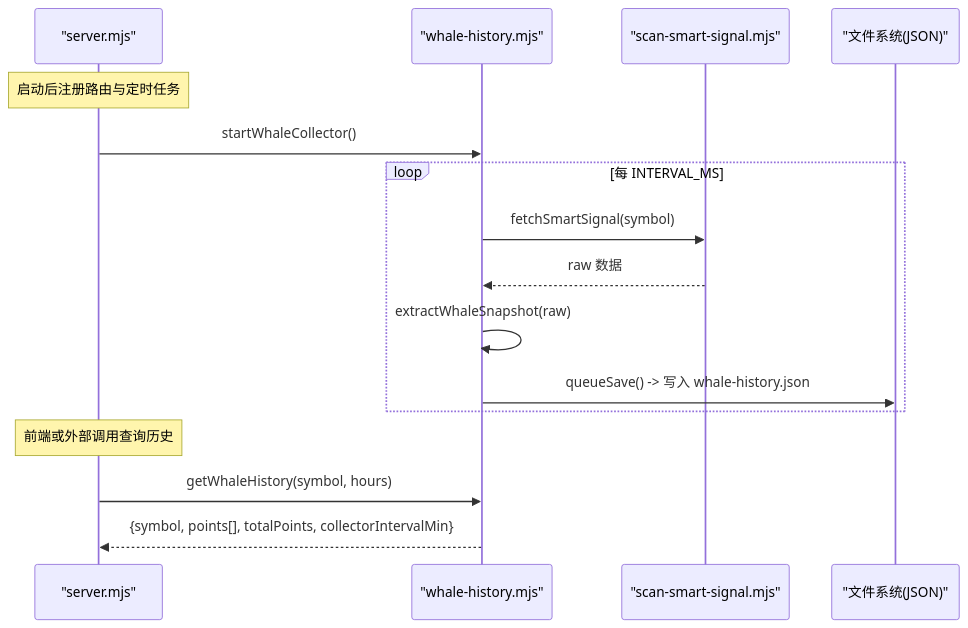
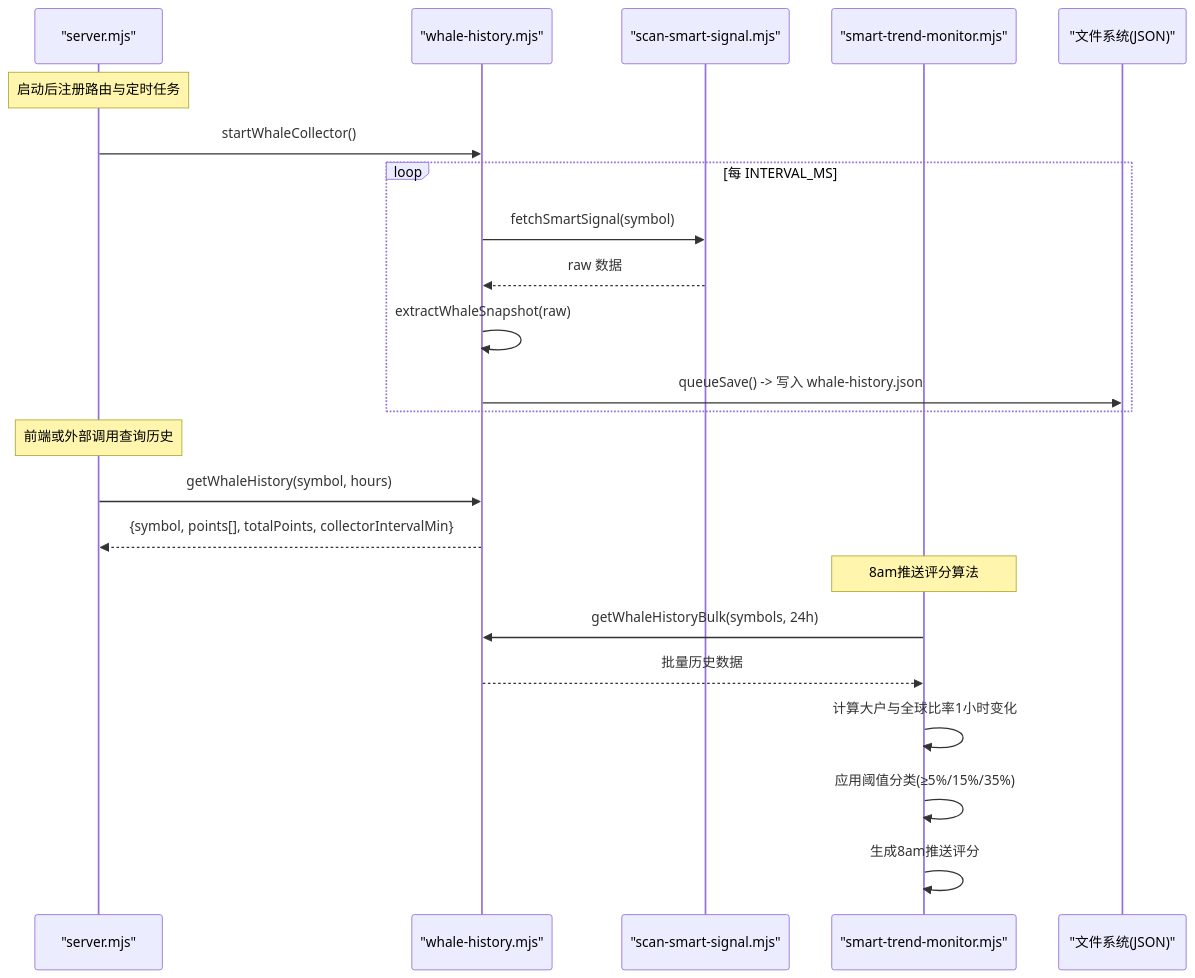
One commit to kekexilinan/BinaceSmart changed the second of 7 diagrams in .qoder/repowiki/zh/content/核心功能模块/鲸鱼历史追踪.md. Above: the diagram before and after it, drawn with Mermaid. The commit also changed other lines of this file and 56 other files, not shown here.

````diff
--- a/.qoder/repowiki/zh/content/核心功能模块/鲸鱼历史追踪.md
+++ b/.qoder/repowiki/zh/content/核心功能模块/鲸鱼历史追踪.md
@@ -109,18 +117,25 @@
 ```mermaid
 sequenceDiagram
 participant S as "server.mjs"
 participant W as "whale-history.mjs"
 participant SS as "scan-smart-signal.mjs"
+participant STM as "smart-trend-monitor.mjs"
 participant FS as "文件系统(JSON)"
 Note over S : 启动后注册路由与定时任务
 S->>W : startWhaleCollector()
 loop 每 INTERVAL_MS
 W->>SS : fetchSmartSignal(symbol)
 SS-->>W : raw 数据
 W->>W : extractWhaleSnapshot(raw)
 W->>FS : queueSave() -> 写入 whale-history.json
 end
 Note over S : 前端或外部调用查询历史
 S->>W : getWhaleHistory(symbol, hours)
 W-->>S : {symbol, points[], totalPoints, collectorIntervalMin}
+Note over STM : 8am推送评分算法
+STM->>W : getWhaleHistoryBulk(symbols, 24h)
+W-->>STM : 批量历史数据
+STM->>STM : 计算大户与全球比率1小时变化
+STM->>STM : 应用阈值分类(≥5%/15%/35%)
+STM->>STM : 生成8am推送评分
 ```
````
